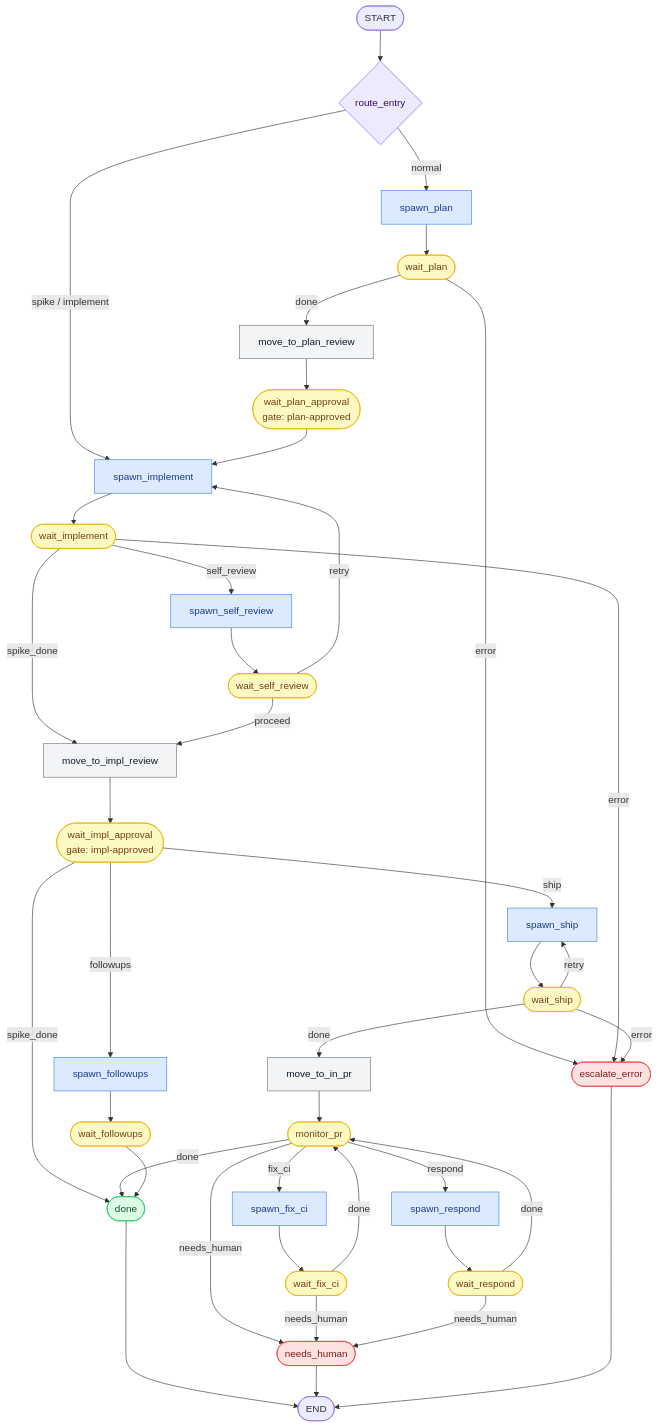
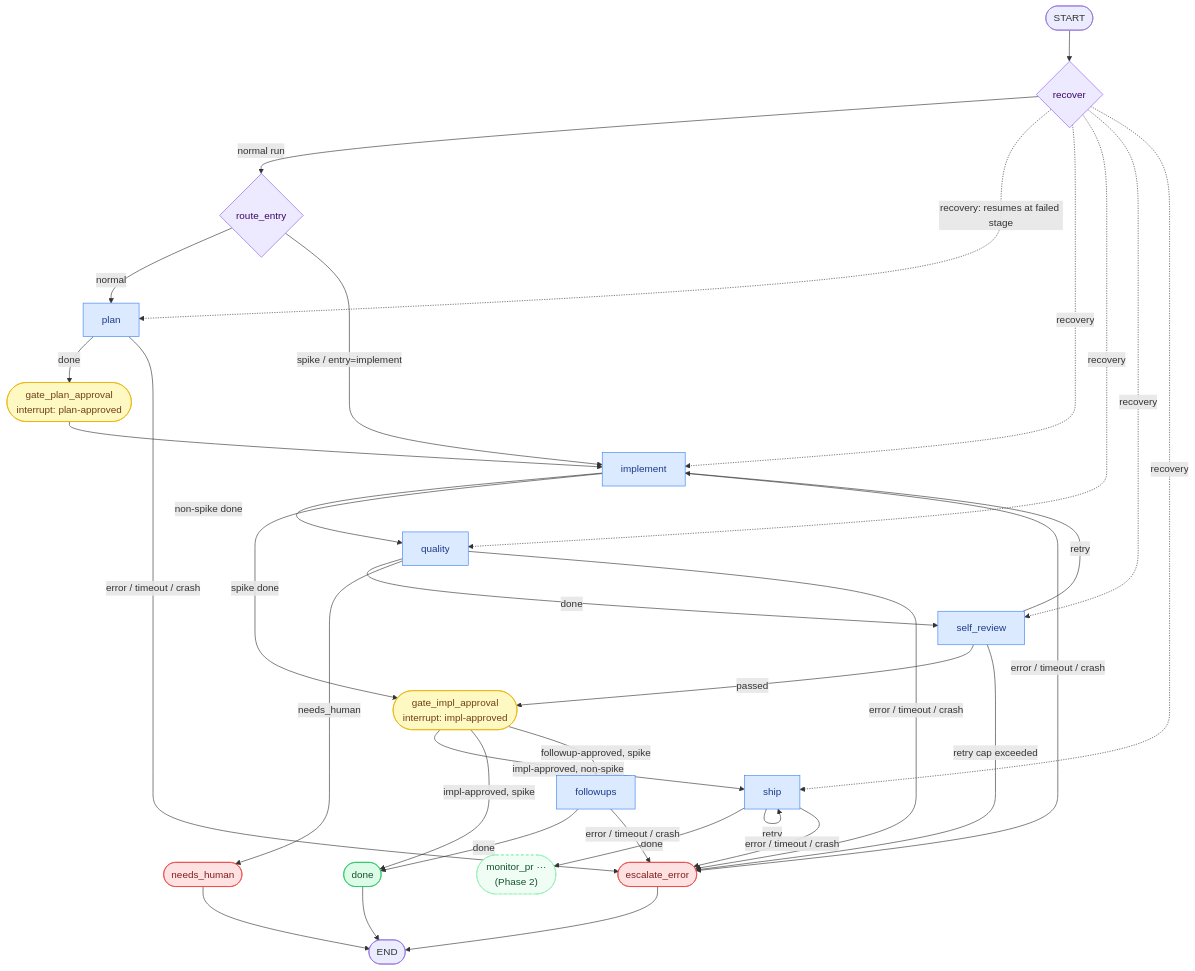
The first of 2 diagrams in README.md (juanocampovgr/AgecticPipeline), drawn with Mermaid before and after one commit. The commit also changed other lines of this file and 8 other files, not shown here.

````diff
--- a/README.md
+++ b/README.md
@@ -36,68 +50,60 @@
 ```mermaid
 flowchart TD
-    START([START]) --> route_entry{route_entry}
+    START([START]) --> recover{recover}
 
-    route_entry -->|normal| spawn_plan[spawn_plan]
-    route_entry -->|spike / implement| spawn_implement[spawn_implement]
+    recover -->|normal run| route_entry{route_entry}
+    recover -.->|recovery: resumes at failed stage| plan
+    recover -.->|recovery| implement
+    recover -.->|recovery| quality
+    recover -.->|recovery| self_review
+    recover -.->|recovery| ship
 
-    spawn_plan --> wait_plan([wait_plan])
-    wait_plan -->|done| move_to_plan_review[move_to_plan_review]
-    wait_plan -->|error| escalate_error
+    route_entry -->|normal| plan[plan]
+    route_entry -->|spike / entry=implement| implement[implement]
 
-    move_to_plan_review --> wait_plan_approval([wait_plan_approval\ngate: plan-approved])
-    wait_plan_approval --> spawn_implement
+    plan -->|done| gate_plan_approval([gate_plan_approval\ninterrupt: plan-approved])
+    plan -->|error / timeout / crash| escalate_error
 
-    spawn_implement --> wait_implement([wait_implement])
-    wait_implement -->|self_review| spawn_self_review[spawn_self_review]
-    wait_implement -->|spike_done| move_to_impl_review[move_to_impl_review]
-    wait_implement -->|error| escalate_error
+    gate_plan_approval --> implement
 
-    spawn_self_review --> wait_self_review([wait_self_review])
-    wait_self_review -->|proceed| move_to_impl_review
-    wait_self_review -->|retry| spawn_implement
+    implement -->|non-spike done| quality[quality]
+    implement -->|spike done| gate_impl_approval
+    implement -->|error / timeout / crash| escalate_error
 
-    move_to_impl_review --> wait_impl_approval([wait_impl_approval\ngate: impl-approved])
-    wait_impl_approval -->|ship| spawn_ship[spawn_ship]
-    wait_impl_approval -->|spike_done| done
-    wait_impl_approval -->|followups| spawn_followups[spawn_followups]
+    quality -->|done| self_review[self_review]
+    quality -->|needs_human| needs_human
+    quality -->|error / timeout / crash| escalate_error
 
-    spawn_ship --> wait_ship([wait_ship])
-    wait_ship -->|done| move_to_in_pr[move_to_in_pr]
-    wait_ship -->|error| escalate_error
-    wait_ship -->|retry| spawn_ship
+    self_review -->|passed| gate_impl_approval([gate_impl_approval\ninterrupt: impl-approved])
+    self_review -->|retry| implement
+    self_review -->|retry cap exceeded| escalate_error
 
-    move_to_in_pr --> monitor_pr([monitor_pr])
-    monitor_pr -->|done| done
-    monitor_pr -->|fix_ci| spawn_fix_ci[spawn_fix_ci]
-    monitor_pr -->|respond| spawn_respond[spawn_respond]
-    monitor_pr -->|needs_human| needs_human
+    gate_impl_approval -->|impl-approved, non-spike| ship[ship]
+    gate_impl_approval -->|impl-approved, spike| done
+    gate_impl_approval -->|followup-approved, spike| followups[followups]
 
-    spawn_fix_ci --> wait_fix_ci([wait_fix_ci])
-    wait_fix_ci -->|done| monitor_pr
-    wait_fix_ci -->|needs_human| needs_human
+    ship -->|done| monitor_pr(["monitor_pr ···\n(Phase 2)"])
+    ship -->|retry| ship
+    ship -->|error / timeout / crash| escalate_error
 
-    spawn_respond --> wait_respond([wait_respond])
-    wait_respond -->|done| monitor_pr
-    wait_respond -->|needs_human| needs_human
-
-    spawn_followups --> wait_followups([wait_followups])
-    wait_followups --> done
+    followups -->|done| done
+    followups -->|error / timeout / crash| escalate_error
 
     done([done]) --> END([END])
     needs_human([needs_human]) --> END
     escalate_error([escalate_error]) --> END
 
     classDef spawn fill:#dbeafe,stroke:#3b82f6,color:#1e3a8a
     classDef wait fill:#fef9c3,stroke:#eab308,color:#713f12
-    classDef move fill:#f3f4f6,stroke:#6b7280,color:#111827
     classDef terminal fill:#dcfce7,stroke:#22c55e,color:#14532d
     classDef error fill:#fee2e2,stroke:#ef4444,color:#7f1d1d
     classDef route fill:#ede9fe,stroke:#8b5cf6,color:#3b0764
+    classDef handoff fill:#f0fdf4,stroke:#86efac,color:#14532d,stroke-dasharray:4 4
 
-    class spawn_plan,spawn_implement,spawn_self_review,spawn_ship,spawn_fix_ci,spawn_respond,spawn_followups spawn
-    class wait_plan,wait_plan_approval,wait_implement,wait_self_review,wait_impl_approval,wait_ship,monitor_pr,wait_fix_ci,wait_respond,wait_followups wait
-    class move_to_plan_review,move_to_impl_review,move_to_in_pr move
+    class plan,implement,quality,self_review,ship,followups spawn
+    class gate_plan_approval,gate_impl_approval wait
     class done terminal
     class needs_human,escalate_error error
-    class route_entry route
+    class recover,route_entry route
+    class monitor_pr handoff
 ```
````
